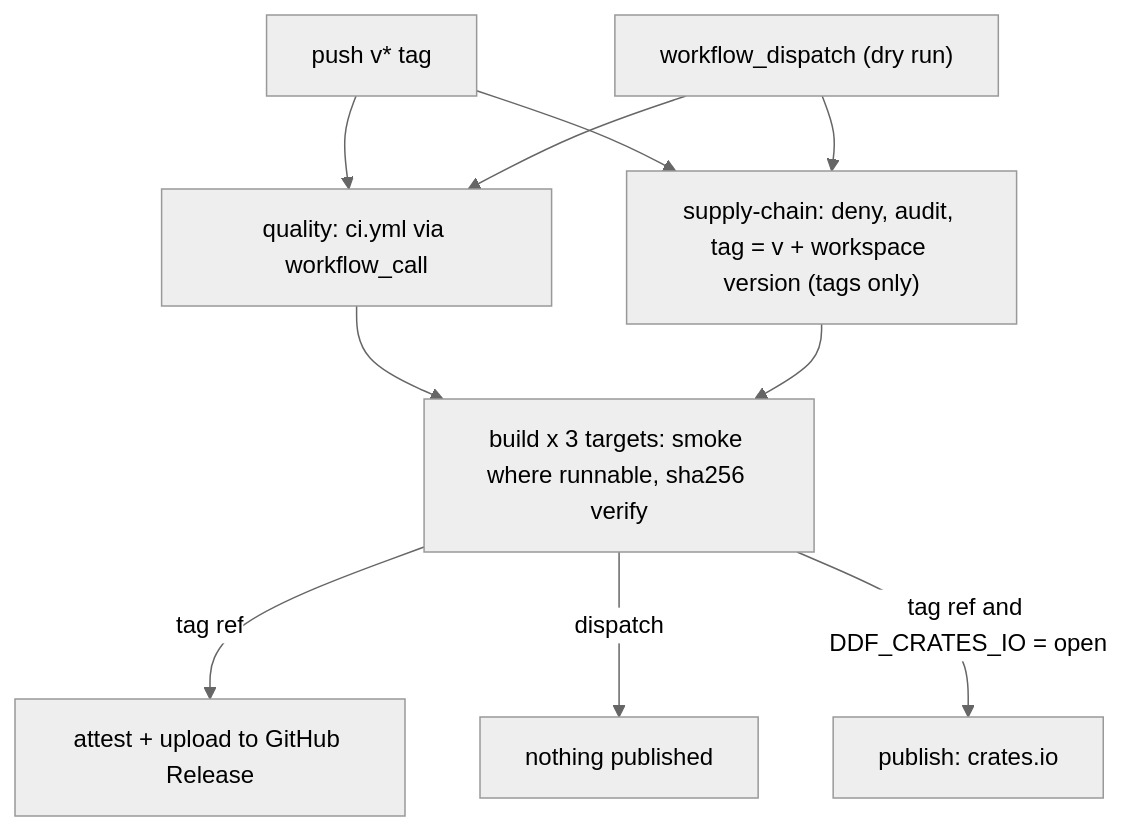
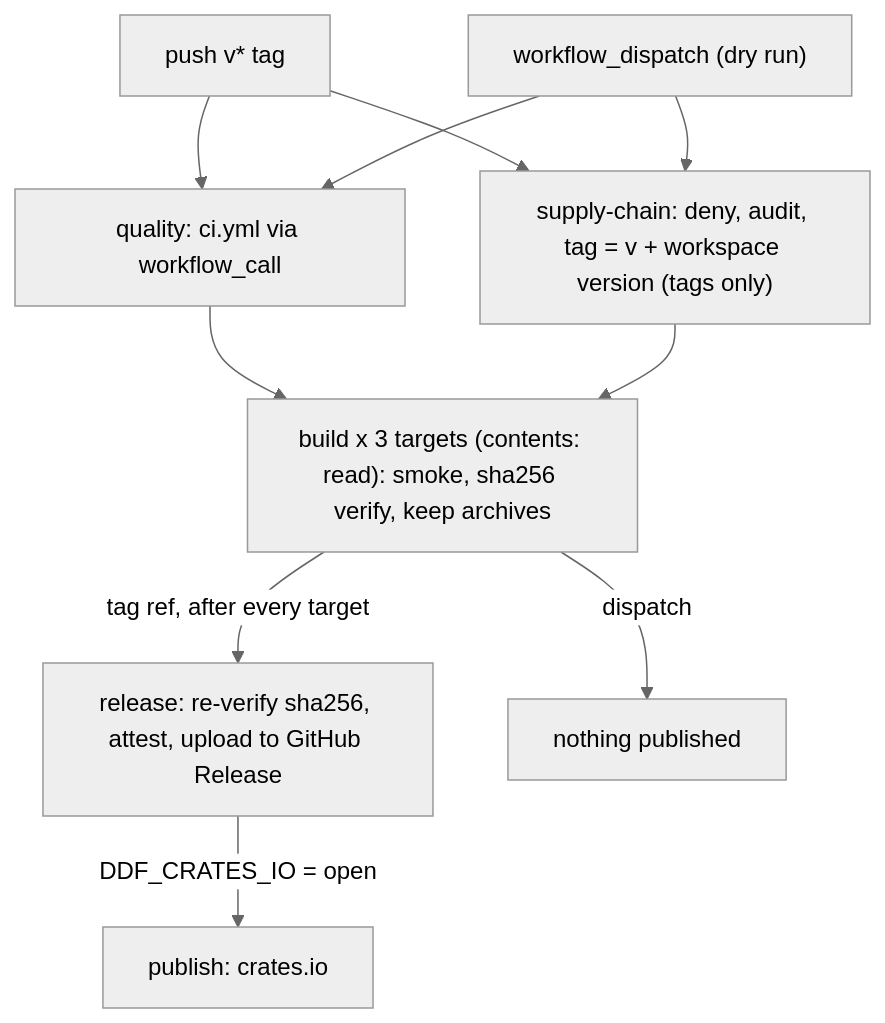
The diagram in docs/RELEASE_AND_PUBLICATION.md (Louranicas/deep-diff-forge), drawn with Mermaid (neutral theme) before and after one commit. The commit also changed other lines of this file and 13 other files, not shown here.

````diff
--- a/docs/RELEASE_AND_PUBLICATION.md
+++ b/docs/RELEASE_AND_PUBLICATION.md
@@ -153,15 +156,15 @@
 ```mermaid
 flowchart TD
     Tag["push v* tag"] --> Q
     Dispatch["workflow_dispatch (dry run)"] --> Q
     Tag --> SC
     Dispatch --> SC
     Q["quality: ci.yml via workflow_call"]
     SC["supply-chain: deny, audit, tag = v + workspace version (tags only)"]
     Q --> B
     SC --> B
-    B["build x 3 targets: smoke where runnable, sha256 verify"]
-    B -->|tag ref| Att["attest + upload to GitHub Release"]
+    B["build x 3 targets (contents: read): smoke, sha256 verify, keep archives"]
+    B -->|"tag ref, after every target"| Rel["release: re-verify sha256, attest, upload to GitHub Release"]
     B -->|dispatch| Stop["nothing published"]
-    B -->|"tag ref and DDF_CRATES_IO = open"| Pub["publish: crates.io"]
+    Rel -->|"DDF_CRATES_IO = open"| Pub["publish: crates.io"]
 ```
````
